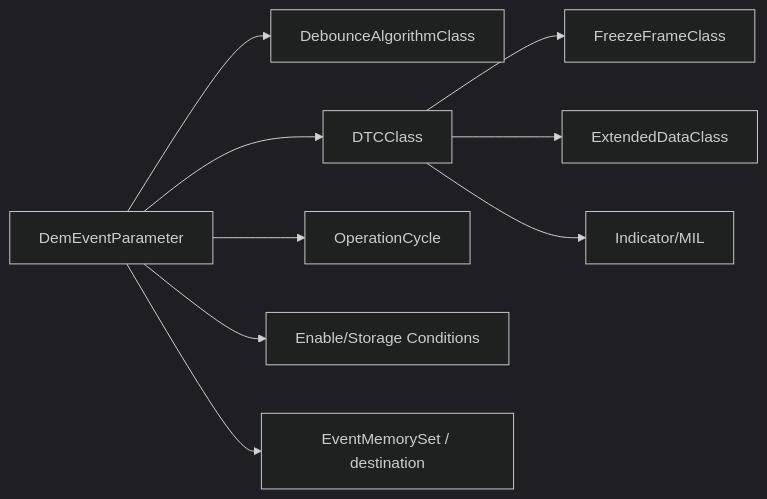
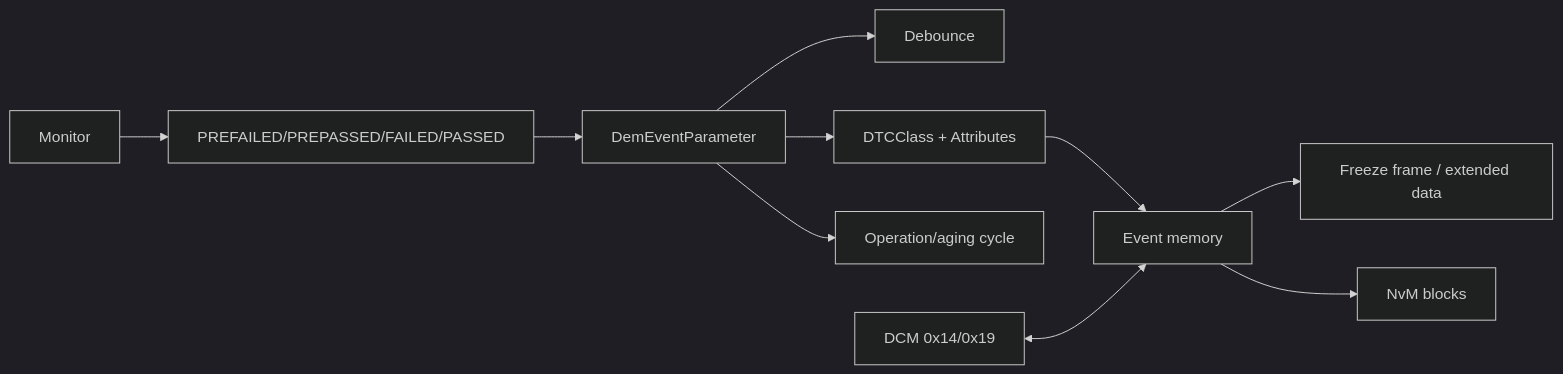
Before and after one commit to GiaBao1802/autosar-diagnostic-stack-course: the diagram in docs/16_dem_ecuc_parameters.md, drawn with Mermaid (dark theme). The commit also changed other lines of this file and 4 other files, not shown here.

````diff
--- a/docs/16_dem_ecuc_parameters.md
+++ b/docs/16_dem_ecuc_parameters.md
@@ -5,11 +7,12 @@
 ```mermaid
 flowchart LR
-  EVENT["DemEventParameter"] --> DEB["DebounceAlgorithmClass"]
-  EVENT --> DTC["DTCClass"]
-  EVENT --> CYCLE["OperationCycle"]
-  EVENT --> ENABLE["Enable/Storage Conditions"]
-  EVENT --> MEM["EventMemorySet / destination"]
-  DTC --> FF["FreezeFrameClass"]
-  DTC --> EXT["ExtendedDataClass"]
-  DTC --> IND["Indicator/MIL"]
+  MON["Monitor"] --> STATUS["PREFAILED/PREPASSED/FAILED/PASSED"]
+  STATUS --> EVENT["DemEventParameter"]
+  EVENT --> DEB["Debounce"]
+  EVENT --> DTC["DTCClass + Attributes"]
+  EVENT --> CYCLE["Operation/aging cycle"]
+  DTC --> MEM["Event memory"]
+  MEM --> FF["Freeze frame / extended data"]
+  MEM --> NVM["NvM blocks"]
+  DCM["DCM 0x14/0x19"] <--> MEM
 ```
````
